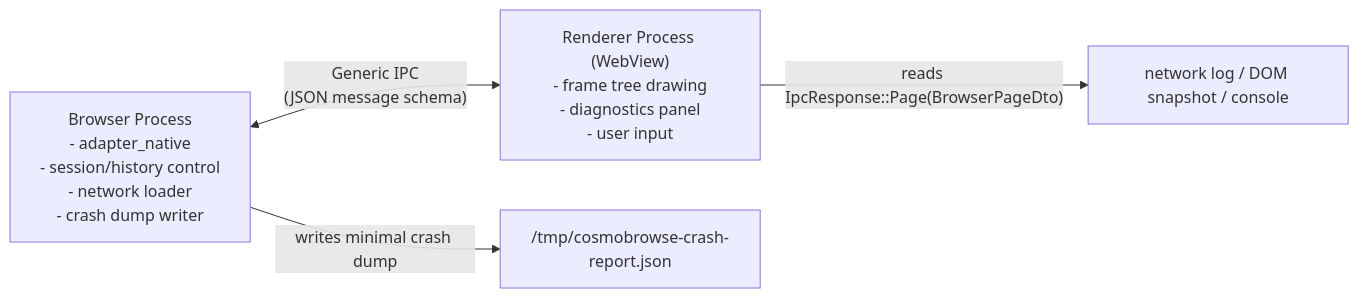
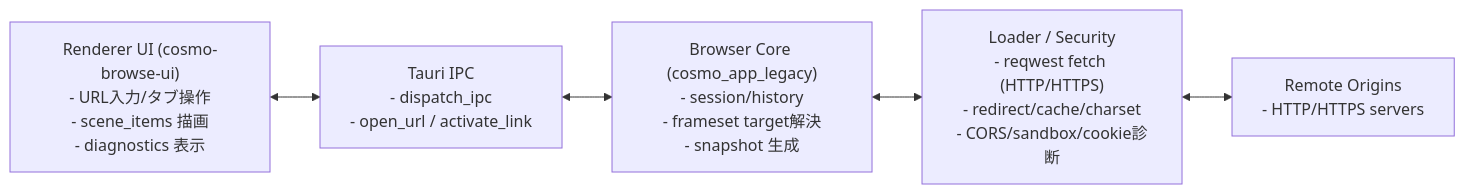
Before and after one commit to pkaiy81/CosmoBrowse: the diagram in docs/architecture/mermaid/runtime-topology.mmd, drawn with Mermaid. The commit also changed 9 other files, not shown here.

```diff
--- a/docs/architecture/mermaid/runtime-topology.mmd
+++ b/docs/architecture/mermaid/runtime-topology.mmd
@@ -1,9 +1,11 @@
 flowchart LR
-  BP["Browser Process\n- adapter_native\n- session/history control\n- network loader\n- crash dump writer"]
-  RP["Renderer Process (WebView)\n- frame tree drawing\n- diagnostics panel\n- user input"]
-  DUMP["/tmp/cosmobrowse-crash-report.json"]
-  LOG["network log / DOM snapshot / console"]
+  UI["Renderer UI (cosmo-browse-ui)\n- URL入力/タブ操作\n- scene_items 描画\n- diagnostics 表示"]
+  IPC["Tauri IPC\n- dispatch_ipc\n- open_url / activate_link"]
+  CORE["Browser Core (cosmo_app_legacy)\n- session/history\n- frameset target解決\n- snapshot 生成"]
+  NET["Loader / Security\n- reqwest fetch (HTTP/HTTPS)\n- redirect/cache/charset\n- CORS/sandbox/cookie診断"]
+  EXT["Remote Origins\n- HTTP/HTTPS servers"]
 
-  BP <-->|"Generic IPC\n(JSON message schema)"| RP
-  BP -->|"writes minimal crash dump"| DUMP
-  RP -->|"reads IpcResponse::Page(BrowserPageDto)"| LOG
+  UI <--> IPC
+  IPC <--> CORE
+  CORE <--> NET
+  NET <--> EXT
```
